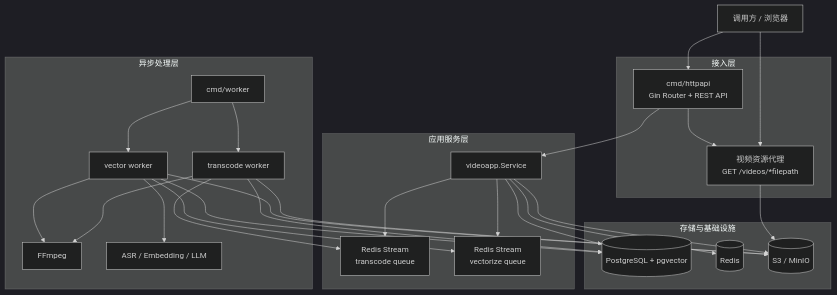
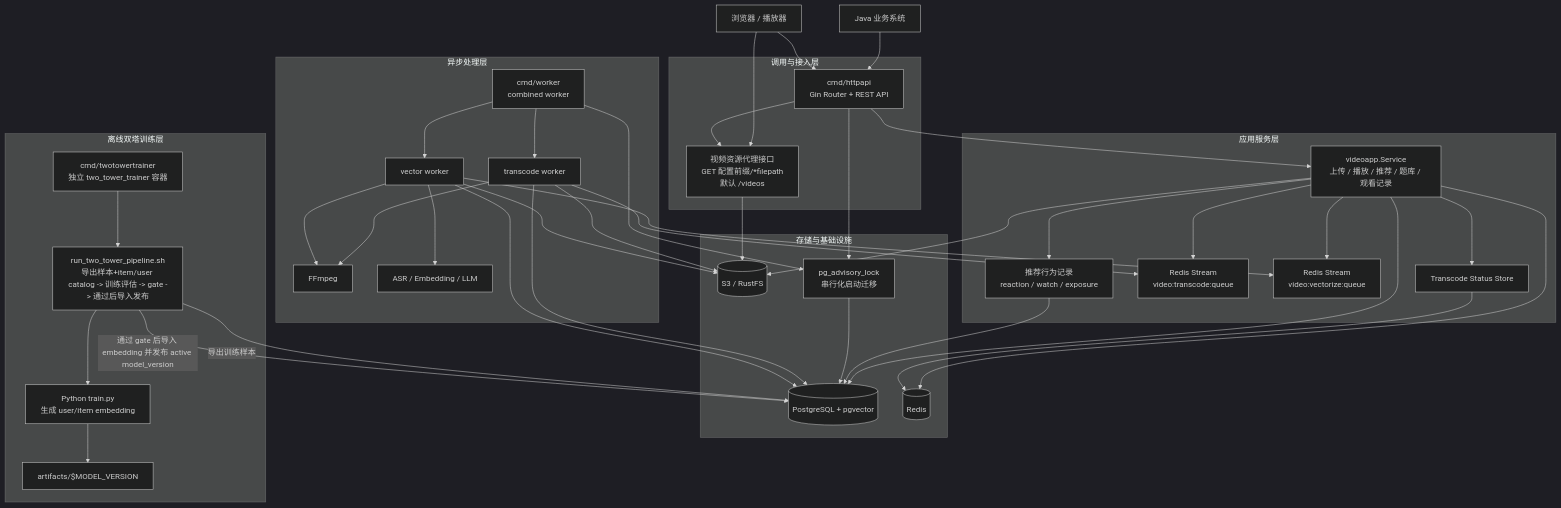
Before and after one commit to KOIOIO/video-embedding: the first of 2 diagrams in embedding-video/video-service/README.md, drawn with Mermaid (dark theme). The commit also changed other lines of this file and 4 other files, not shown here.

````diff
--- a/embedding-video/video-service/README.md
+++ b/embedding-video/video-service/README.md
@@ -49,51 +51,83 @@
 ```mermaid
 flowchart TD
-    Client[调用方 / 浏览器]
+    Java[Java 业务系统]
+    Browser[浏览器 / 播放器]
 
-    subgraph Access[接入层]
+    subgraph Access[调用与接入层]
         HTTP[cmd/httpapi\nGin Router + REST API]
-        Proxy[视频资源代理\nGET /videos/*filepath]
+        Proxy[视频资源代理接口\nGET 配置前缀/*filepath\n默认 /videos]
     end
 
     subgraph App[应用服务层]
-        Service[videoapp.Service]
-        TQ[Redis Stream\ntranscode queue]
-        VQ[Redis Stream\nvectorize queue]
+        Service[videoapp.Service\n上传 / 播放 / 推荐 / 题库 / 观看记录]
+        Status[Transcode Status Store]
+        TQ[Redis Stream\nvideo:transcode:queue]
+        VQ[Redis Stream\nvideo:vectorize:queue]
+        RecLog[推荐行为记录\nreaction / watch / exposure]
     end
 
     subgraph Infra[存储与基础设施]
         PG[(PostgreSQL + pgvector)]
         Redis[(Redis)]
-        S3[(S3 / MinIO)]
+        S3[(S3 / RustFS)]
+        SchemaLock[pg_advisory_lock\n串行化启动迁移]
     end
 
     subgraph Async[异步处理层]
-        Worker[cmd/worker]
+        Worker[cmd/worker\ncombined worker]
         TW[transcode worker]
         VW[vector worker]
         FFmpeg[FFmpeg]
         AI[ASR / Embedding / LLM]
     end
 
-    Client --> HTTP
-    Client --> Proxy
+    subgraph Training[离线双塔训练层]
+        Trainer[cmd/twotowertrainer\n独立 two_tower_trainer 容器]
+        Pipeline[run_two_tower_pipeline.sh\n导出样本+item/user catalog -> 训练评估 -> gate -> 通过后导入发布]
+        PyTrain[Python train.py\n生成 user/item embedding]
+        Artifact["artifacts/$MODEL_VERSION"]
+    end
+
+    Java --> HTTP
+    Browser --> HTTP
+    Browser --> Proxy
+
     HTTP --> Service
     HTTP --> Proxy
+
     Service --> PG
     Service --> Redis
     Service --> S3
+    Service --> Status
     Service --> TQ
     Service --> VQ
+    Service --> RecLog
+
+    Status --> Redis
     Proxy --> S3
+    RecLog --> PG
+
+    HTTP --> SchemaLock
+    Worker --> SchemaLock
+    SchemaLock --> PG
+
     Worker --> TW
     Worker --> VW
+
     TW --> TQ
     TW --> PG
     TW --> S3
     TW --> FFmpeg
+
     VW --> VQ
     VW --> PG
     VW --> S3
     VW --> FFmpeg
     VW --> AI
+
+    Trainer --> Pipeline
+    Pipeline -->|导出训练样本| PG
+    Pipeline --> PyTrain
+    PyTrain --> Artifact
+    Pipeline -->|通过 gate 后导入 embedding 并发布 active model_version| PG
 ```
````
